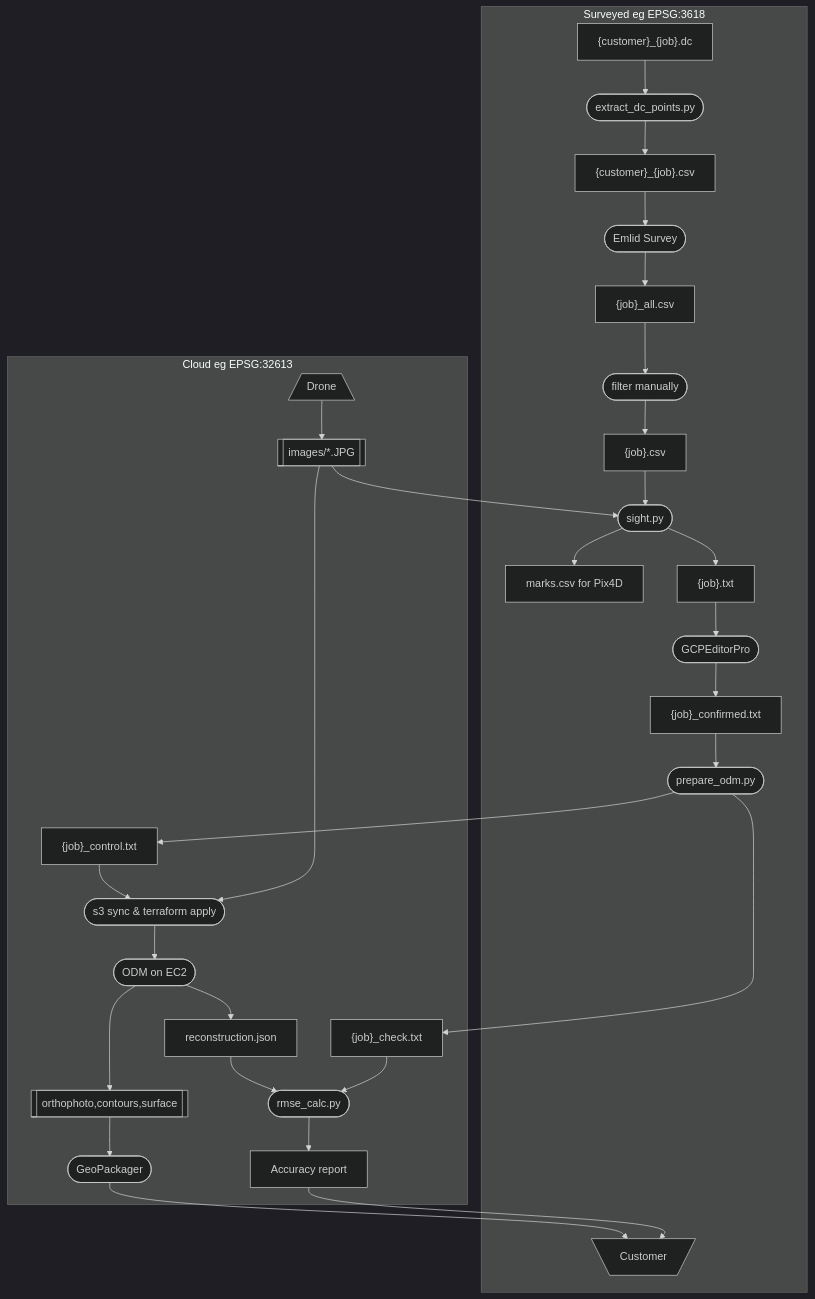
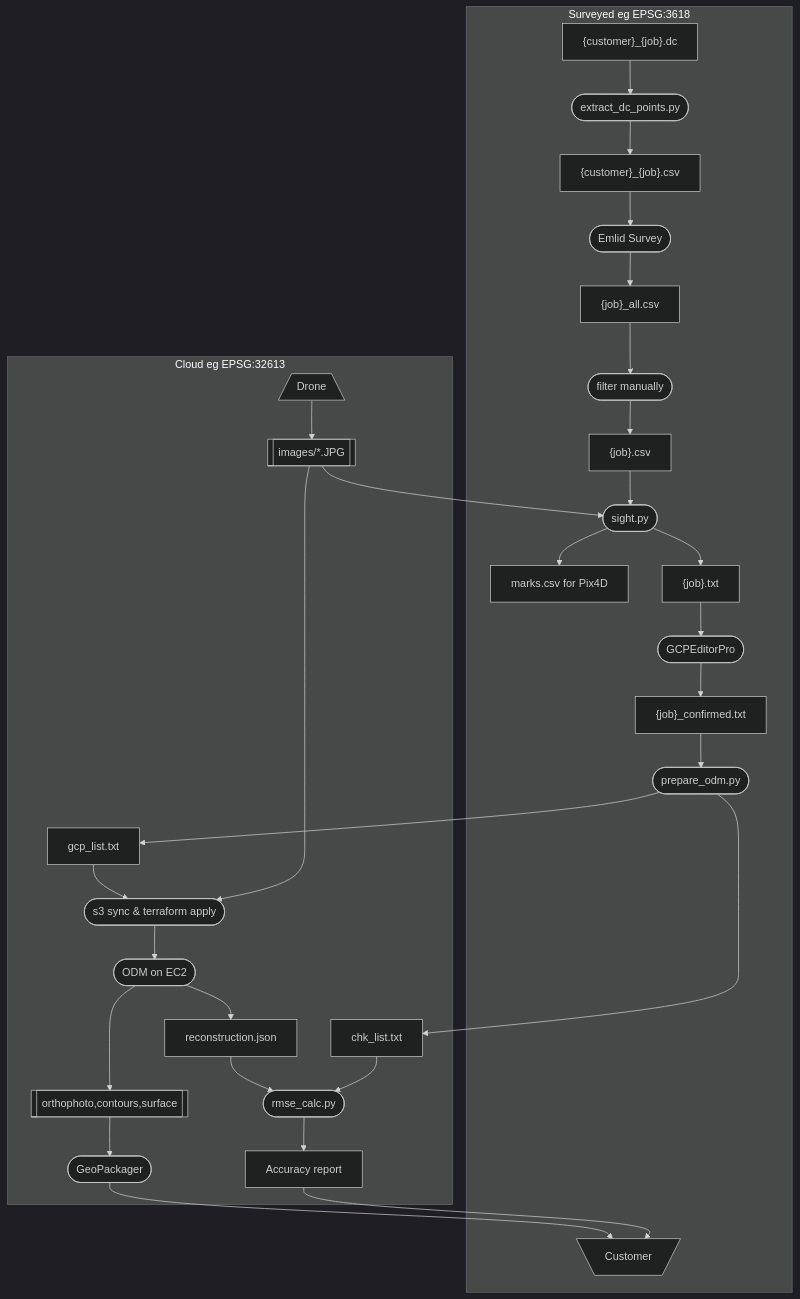
One commit to jrstear/geo changed the diagram in docs/odm-workflow.md. Above: the diagram before and after it, drawn with Mermaid (dark theme). The commit also changed other lines of this file and 3 other files, not shown here.

First line of the commit message:
feat: rename control/check files to gcp_list.txt / chk_list.txt

````diff
--- a/docs/odm-workflow.md
+++ b/docs/odm-workflow.md
@@ -9,56 +9,56 @@
 ```mermaid
 flowchart TD
     cust_dc["{customer}_{job}.dc"]
     extract(["extract_dc_points.py"])
     cust_csv["{customer}_{job}.csv"]
     emlid(["Emlid Survey"])
     all["{job}_all.csv"]
     filter(["filter manually"])
     filtered["{job}.csv"]
     sight(["sight.py"])
     marks["marks.csv for Pix4D"]
     targets["{job}.txt"]
     gcpeditor(["GCPEditorPro"])
     confirmed["{job}_confirmed.txt"]
     prepare(["prepare_odm.py"])
-    control["{job}_control.txt"]
-    check["{job}_check.txt"]
+    control["gcp_list.txt"]
+    check["chk_list.txt"]
     s3(["s3 sync & terraform apply"])
     odm(["ODM on EC2"])
     rmse(["rmse_calc.py"])
     drone[/"Drone"\]
     images[["images/*.JPG"]]
     deliverables[["orthophoto,contours,surface"]]
     packager(["GeoPackager"])
     report["Accuracy report"]
     model["reconstruction.json"]
     customer[\"Customer"/]
 
 	subgraph Surveyed eg EPSG:3618
 	    cust_dc --> extract --> cust_csv --> emlid
 	    emlid --> all --> filter --> filtered
 	    filtered --> sight --> targets
 	    sight --> marks
 	    targets --> gcpeditor
 	    gcpeditor --> confirmed
 	    confirmed --> prepare
 	    customer
 	end
     
     subgraph Cloud eg EPSG:32613
 	    drone --> images
 	    prepare --> control
 	    prepare --> check
 	    control --> s3
 	    s3 --> odm --> deliverables
 	    odm --> model --> rmse
 	    check --> rmse --> report
             deliverables --> packager
 	end
 
     images --> sight
     images --> s3
     packager --> customer
     report --> customer
 
 ```
````
